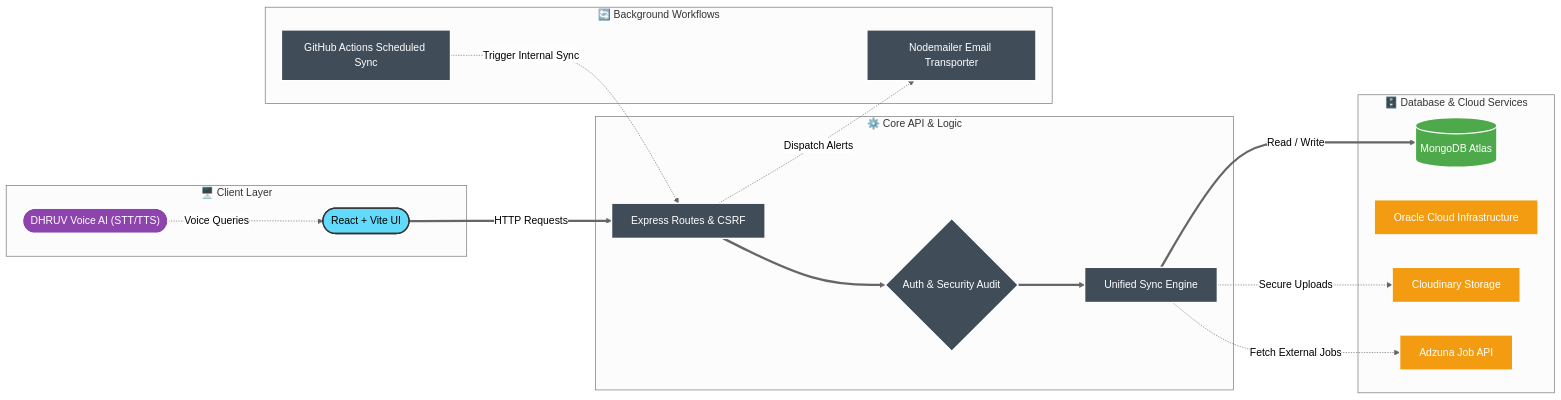
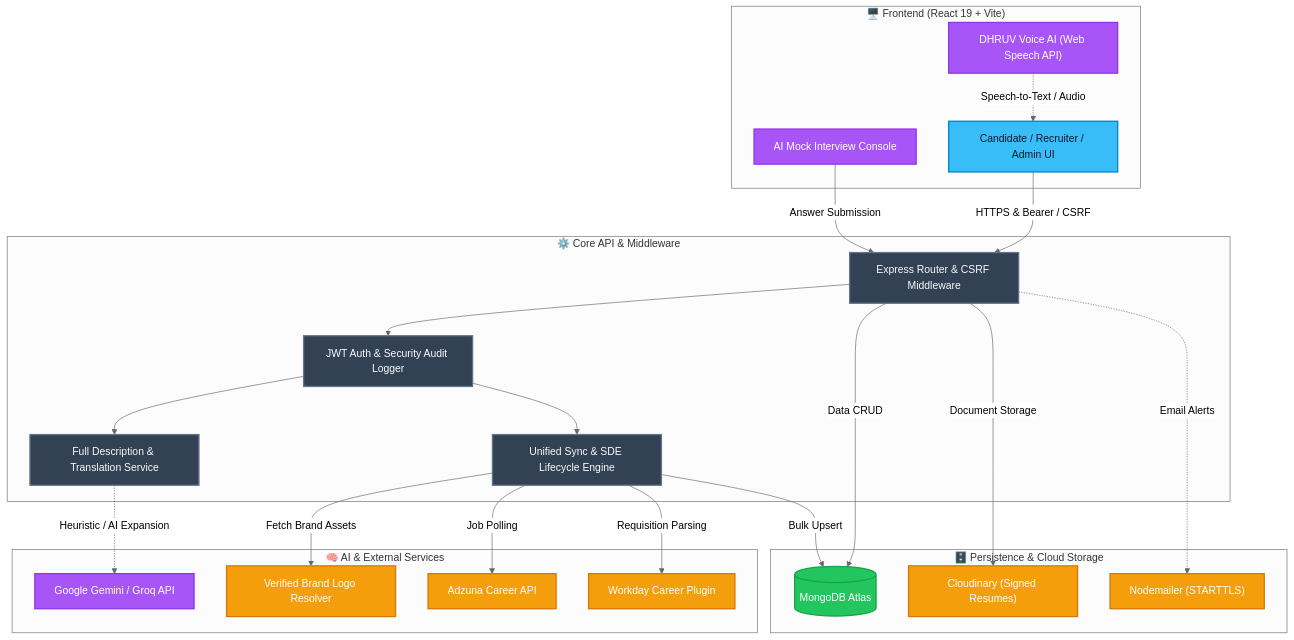
Before and after one commit to Chinmay0608/job-portal-system: the diagram in README.md, drawn with Mermaid (neutral theme). The commit also changed other lines of this file and 1 other file, not shown here.

Commit message:
docs: modernize README with live architecture, AI mock interview, test coverage stats, and add official MIT LICENSE file

````diff
--- a/README.md
+++ b/README.md
@@ -27,49 +35,53 @@
 ```mermaid
-graph LR
+graph TD
     %% Custom Styles
-    classDef client fill:#61DAFB,stroke:#333,stroke-width:2px,color:#000
-    classDef api fill:#404d59,stroke:#fff,stroke-width:2px,color:#fff
-    classDef mongo fill:#4ea94b,stroke:#fff,stroke-width:2px,color:#fff
-    classDef external fill:#f39c12,stroke:#fff,stroke-width:2px,color:#fff
-    classDef ai fill:#8e44ad,stroke:#fff,stroke-width:2px,color:#fff
+    classDef client fill:#38bdf8,stroke:#0284c7,stroke-width:2px,color:#0f172a
+    classDef api fill:#334155,stroke:#64748b,stroke-width:2px,color:#f8fafc
+    classDef ai fill:#a855f7,stroke:#9333ea,stroke-width:2px,color:#ffffff
+    classDef db fill:#22c55e,stroke:#16a34a,stroke-width:2px,color:#ffffff
+    classDef ext fill:#f59e0b,stroke:#d97706,stroke-width:2px,color:#ffffff
 
-    %% Client Layer
-    subgraph Frontend ["🖥️ Client Layer"]
-        UI(["React + Vite UI"]):::client
-        VoiceAI(["DHRUV Voice AI (STT/TTS)"]):::ai
+    subgraph ClientLayer ["🖥️ Frontend (React 19 + Vite)"]
+        UI["Candidate / Recruiter / Admin UI"]:::client
+        VoiceCoach["DHRUV Voice AI (Web Speech API)"]:::ai
+        InterviewUI["AI Mock Interview Console"]:::ai
     end
 
-    %% API Layer
-    subgraph Backend ["⚙️ Core API & Logic"]
-        Router["Express Routes & CSRF"]:::api
-        Auth{"Auth & Security Audit"}:::api
-        SyncEngine["Unified Sync Engine"]:::api
+    subgraph BackendLayer ["⚙️ Core API & Middleware"]
+        Gateway["Express Router & CSRF Middleware"]:::api
+        AuthGuard["JWT Auth & Security Audit Logger"]:::api
+        DescService["Full Description & Translation Service"]:::api
+        SyncEngine["Unified Sync & SDE Lifecycle Engine"]:::api
     end
 
-    %% Background Jobs & Actions
-    subgraph Jobs ["🔄 Background Workflows"]
-        GHActions["GitHub Actions Scheduled Sync"]:::api
-        EmailService["Nodemailer Email Transporter"]:::api
+    subgraph IntelligenceLayer ["🧠 AI & External Services"]
+        LLM["Google Gemini / Groq API"]:::ai
+        LogoResolver["Verified Brand Logo Resolver"]:::ext
+        Adzuna["Adzuna Career API"]:::ext
+        Workday["Workday Career Plugin"]:::ext
     end
 
-    %% Infrastructure & Data Layer
-    subgraph Infrastructure ["🗄️ Database & Cloud Services"]
-        MongoDB[("MongoDB Atlas")]:::mongo
-        OCI["Oracle Cloud Infrastructure"]:::external
-        Cloudinary["Cloudinary Storage"]:::external
-        AdzunaAPI["Adzuna Job API"]:::external
+    subgraph StorageLayer ["🗄️ Persistence & Cloud Storage"]
+        Atlas[("MongoDB Atlas")]:::db
+        Cloudinary["Cloudinary (Signed Resumes)"]:::ext
+        Mailer["Nodemailer (STARTTLS)"]:::ext
     end
 
-    %% Flow Connections
-    UI ==>|"HTTP Requests"| Router
-    VoiceAI -.->|"Voice Queries"| UI
-    Router ==> Auth
-    Auth ==> SyncEngine
-    
-    SyncEngine ==>|"Read / Write"| MongoDB
-    SyncEngine -.->|"Secure Uploads"| Cloudinary
-    SyncEngine -.->|"Fetch External Jobs"| AdzunaAPI
-    
-    GHActions -.->|"Trigger Internal Sync"| Router
-    Router -.->|"Dispatch Alerts"| EmailService
+    %% Interactions
+    UI -->|"HTTPS & Bearer / CSRF"| Gateway
+    VoiceCoach -.->|"Speech-to-Text / Audio"| UI
+    InterviewUI -->|"Answer Submission"| Gateway
+    Gateway --> AuthGuard
+    AuthGuard --> DescService
+    AuthGuard --> SyncEngine
+
+    SyncEngine -->|"Job Polling"| Adzuna
+    SyncEngine -->|"Requisition Parsing"| Workday
+    SyncEngine -->|"Fetch Brand Assets"| LogoResolver
+
+    DescService -.->|"Heuristic / AI Expansion"| LLM
+    Gateway -.->|"Email Alerts"| Mailer
+    Gateway -->|"Document Storage"| Cloudinary
+    Gateway -->|"Data CRUD"| Atlas
+    SyncEngine -->|"Bulk Upsert"| Atlas
 ```
````
